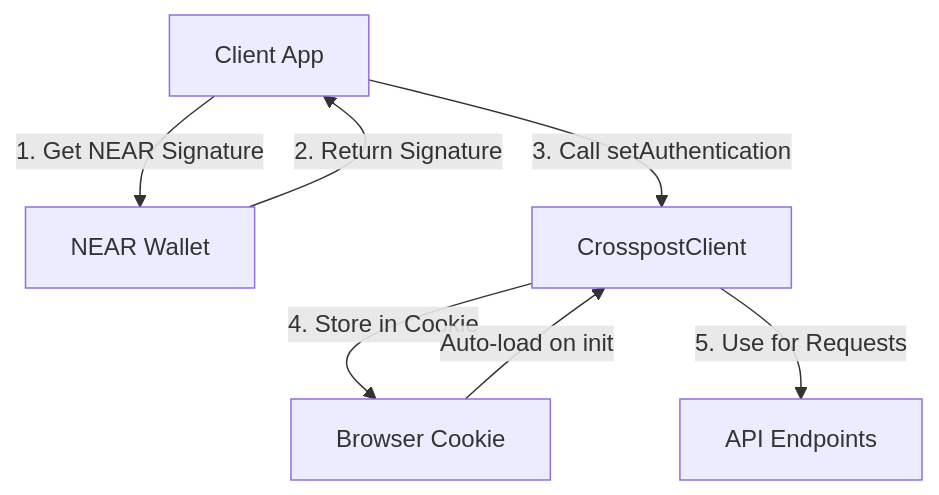
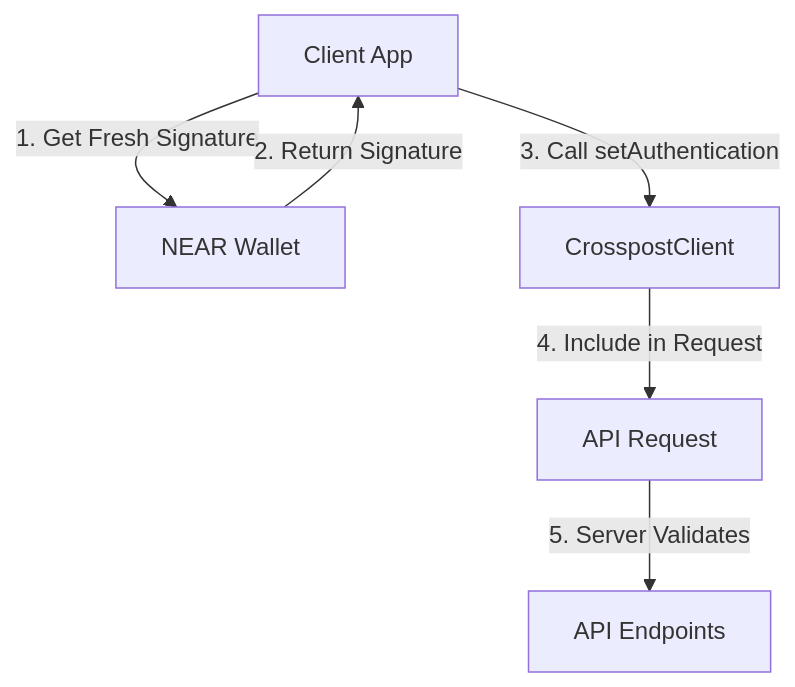
Before and after one commit to open-crosspost/open-crosspost-proxy-service: the fifth of 5 diagrams in memory-bank/security-plan.md, drawn with Mermaid. The commit also changed other lines of this file and 16 other files, not shown here.

````diff
--- a/memory-bank/security-plan.md
+++ b/memory-bank/security-plan.md
@@ -205,9 +204,8 @@
 ```mermaid
 flowchart TD
-    A[Client App] -->|1. Get NEAR Signature| B[NEAR Wallet]
+    A[Client App] -->|1. Get Fresh Signature| B[NEAR Wallet]
     B -->|2. Return Signature| A
     A -->|3. Call setAuthentication| C[CrosspostClient]
-    C -->|4. Store in Cookie| D[Browser Cookie]
-    C -->|5. Use for Requests| E[API Endpoints]
-    D -->|Auto-load on init| C
+    C -->|4. Include in Request| D[API Request]
+    D -->|5. Server Validates| E[API Endpoints]
 ```
````
